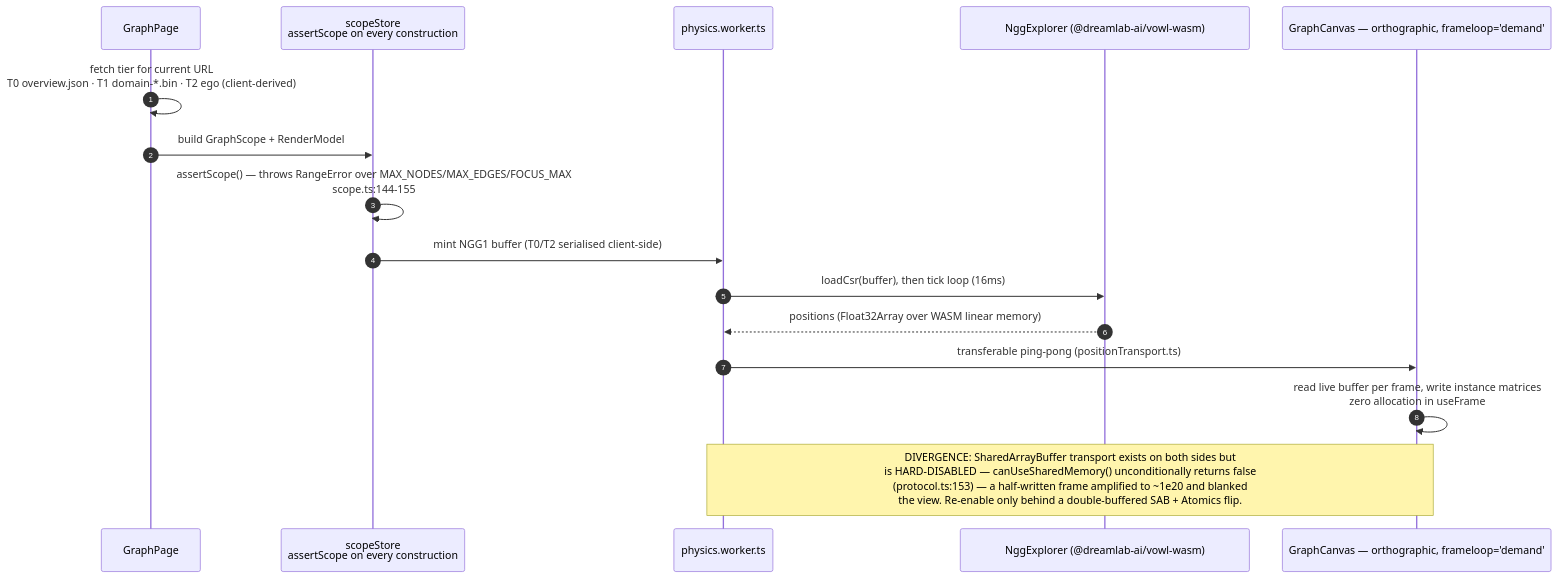
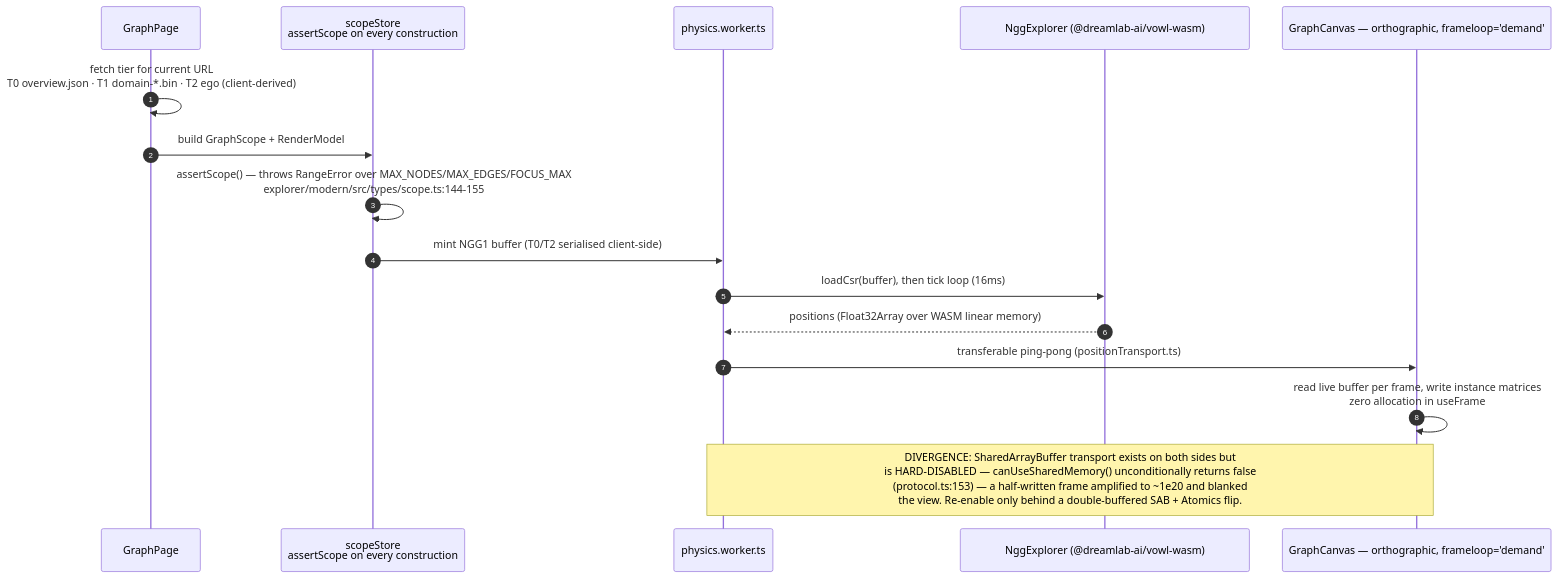
Before and after one commit to DreamLab-AI/VisionFlow: the second of 5 diagrams in docs/diagrams/knowledgegraph/04-explorer-and-site-build.md, drawn with Mermaid. The commit also changed other lines of this file and 94 other files, not shown here.

First line of the commit message:
docs(diagrams): re-verify 130 topics against 2 October HEADs

````diff
--- a/docs/diagrams/knowledgegraph/04-explorer-and-site-build.md
+++ b/docs/diagrams/knowledgegraph/04-explorer-and-site-build.md
@@ -41,19 +42,19 @@
 ```mermaid
 sequenceDiagram
     autonumber
     participant GP as GraphPage
     participant SCOPE as scopeStore<br/>assertScope on every construction
     participant WK as physics.worker.ts
     participant NGG as NggExplorer #40;@dreamlab-ai/vowl-wasm#41;
     participant CANVAS as GraphCanvas — orthographic, frameloop='demand'
 
     GP->>GP: fetch tier for current URL<br/>T0 overview.json · T1 domain-*.bin · T2 ego #40;client-derived#41;
     GP->>SCOPE: build GraphScope + RenderModel
-    SCOPE->>SCOPE: assertScope#40;#41; — throws RangeError over MAX_NODES/MAX_EDGES/FOCUS_MAX<br/>scope.ts:144-155
+    SCOPE->>SCOPE: assertScope#40;#41; — throws RangeError over MAX_NODES/MAX_EDGES/FOCUS_MAX<br/>explorer/modern/src/types/scope.ts:144-155
     SCOPE->>WK: mint NGG1 buffer #40;T0/T2 serialised client-side#41;
     WK->>NGG: loadCsr#40;buffer#41;, then tick loop #40;16ms#41;
     NGG-->>WK: positions #40;Float32Array over WASM linear memory#41;
     WK->>CANVAS: transferable ping-pong #40;positionTransport.ts#41;
     CANVAS->>CANVAS: read live buffer per frame, write instance matrices<br/>zero allocation in useFrame
     Note over WK,CANVAS: DIVERGENCE: SharedArrayBuffer transport exists on both sides but<br/>is HARD-DISABLED — canUseSharedMemory#40;#41; unconditionally returns false<br/>#40;protocol.ts:153#41; — a half-written frame amplified to ~1e20 and blanked<br/>the view. Re-enable only behind a double-buffered SAB + Atomics flip.
 ```
````
